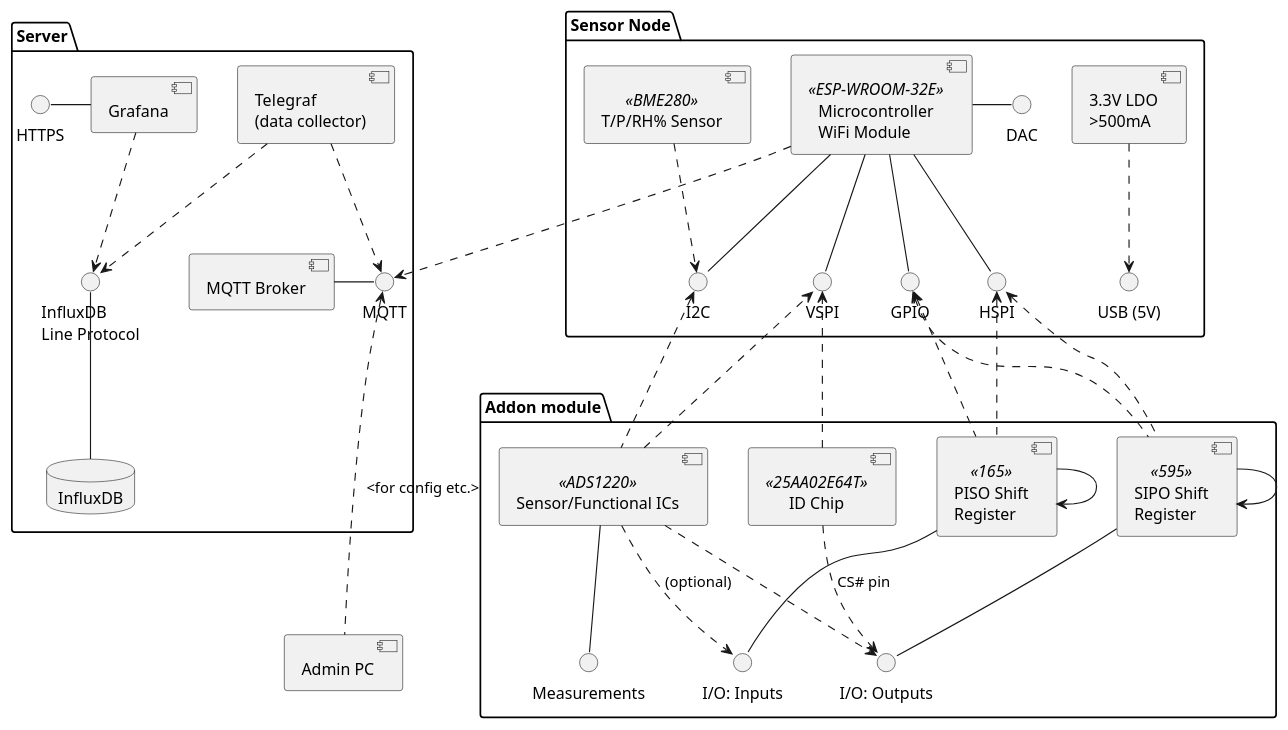
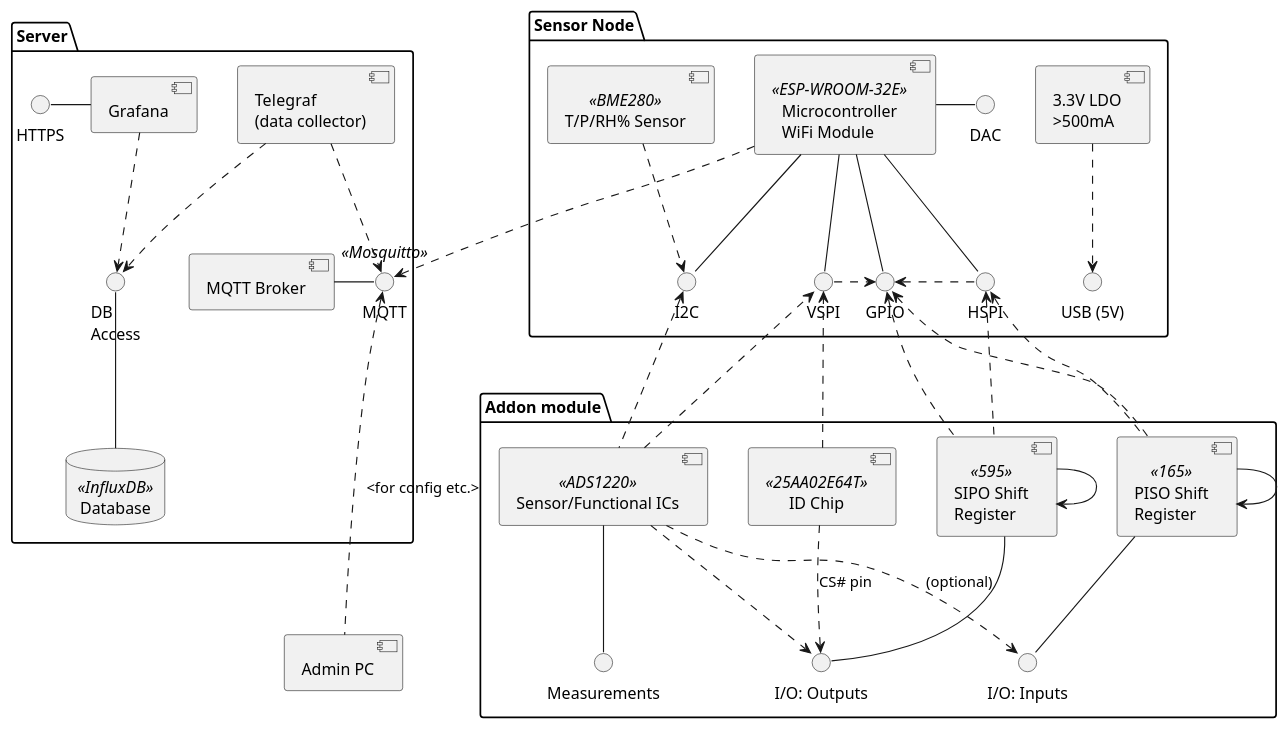
The diagram in docs/components.puml (Tulitomaatti/mittari), drawn with PlantUML before and after one commit. The commit also changed 2 other files, not shown here.

Commit message:
Tuned component diagram.

```diff
--- a/docs/components.puml
+++ b/docs/components.puml
@@ -1,100 +1,90 @@
 @startuml
 
 package snode as "Sensor Node" {
     component esp32 as "Microcontroller\nWiFi Module" <<ESP-WROOM-32E>> 
     component ldo as "3.3V LDO\n>500mA"
     component BME280 as "T/P/RH% Sensor" <<BME280>> 
- '   interface "3.3V"
     interface USB as "USB (5V)"
     interface VSPI
     interface HSPI 
     interface I2C 
     interface DAC 
     interface GPIO 
 }
 
 package module as "Addon module" {
     component sipo_sr as "SIPO Shift\nRegister" <<595>>
     component piso_sr as "PISO Shift\nRegister" <<165>>
     component id_eeprom as "ID Chip" <<25AA02E64T>>
     component sensor as "Sensor/Functional ICs" <<ADS1220>> 
 
     interface measurement as "Measurements"
     interface module_inputs as "I/O: Inputs"
     interface module_outputs as "I/O: Outputs"
 }
 
 
 package server as "Server" {
     component mqtt_broker as "MQTT Broker"
-    interface mqtt as "MQTT"
+    interface mqtt as "MQTT" <<Mosquitto>> 
 
     component telegraf as "Telegraf\n(data collector)"
-    database db as "InfluxDB"
-    interface influx as "InfluxDB\nLine Protocol"
+    database db as "Database" <<InfluxDB>>
+    interface influx as "DB\nAccess"
 
     component grafana as "Grafana"
     interface HTTPS 
 }
 
 component pc as "Admin PC"
 
 
-'server -[hidden]- snode
-'snode -[hidden]- module 
-
 telegraf ..> mqtt 
 telegraf ..> influx 
 grafana ..> influx 
 grafana -left- HTTPS 
-'ldo -- 3.3V
 ldo .d.> USB  
-'esp32 ..> 3.3V
 esp32 ..> mqtt
 esp32 -d- VSPI
 esp32 -- HSPI
 esp32 -- I2C 
 esp32 -r- DAC
 esp32 -- GPIO
 BME280 ..> I2C
-'BME280 ..> 3.3V
 mqtt_broker - mqtt 
 db -up- influx
 
 piso_sr -d- module_inputs
 sipo_sr -d- module_outputs
 HSPI <.. sipo_sr
 HSPI <.. piso_sr
 GPIO <.. piso_sr  
 GPIO <.. sipo_sr
 sipo_sr --> sipo_sr
 piso_sr --> piso_sr
-'sipo_sr .u.> 3.3V
-'piso_sr -u-> 3.3V
-
 
 
 id_eeprom ..> module_outputs : CS# pin 
 id_eeprom ..> VSPI
 
 sensor ..> VSPI 
 sensor ..> module_outputs
 sensor ..> module_inputs : (optional)
 sensor -d- measurement
 sensor .u.> I2C
-'sensor ..> 3.3V
-'sensor ..> USB : (optional)
 
 pc .up..> mqtt : <for config etc.> 
 
 'Tuning 
-'GPIO -[hidden]-> HSPI
 piso_sr <-[hidden] sensor
-
 DAC <-[hidden] ldo
 BME280 <-[hidden] ldo
 I2C <-[hidden] GPIO
-'esp32 -[hidden]-> BME280
-'BME280 -[hidden]> ldo
+
+GPIO <.right. HSPI
+GPIO <.left. VSPI
+
+' Doesn't seem to play nicely layout-wise: 
+'snode "1" --o "0..*" module
 
 @enduml
```
